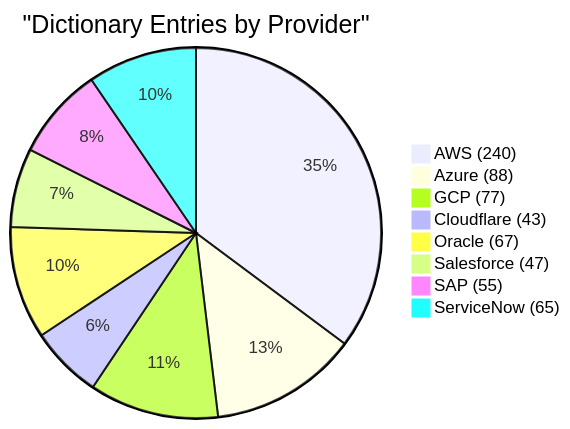
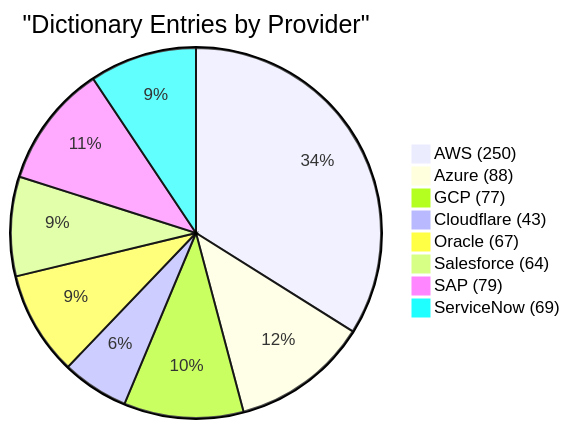
Before and after one commit to Vulnetix/ietf-crit-spec: the second of 8 diagrams in tests/reports/crit-test-report.md, drawn with Mermaid. The commit also changed other lines of this file and 359 other files, not shown here.

````diff
--- a/tests/reports/crit-test-report.md
+++ b/tests/reports/crit-test-report.md
@@ -58,11 +58,11 @@
 ```mermaid
 pie title "Dictionary Entries by Provider"
-    "AWS (240)" : 240
+    "AWS (250)" : 250
     "Azure (88)" : 88
     "GCP (77)" : 77
     "Cloudflare (43)" : 43
     "Oracle (67)" : 67
-    "Salesforce (47)" : 47
-    "SAP (55)" : 55
-    "ServiceNow (65)" : 65
+    "Salesforce (64)" : 64
+    "SAP (79)" : 79
+    "ServiceNow (69)" : 69
 ```
````
